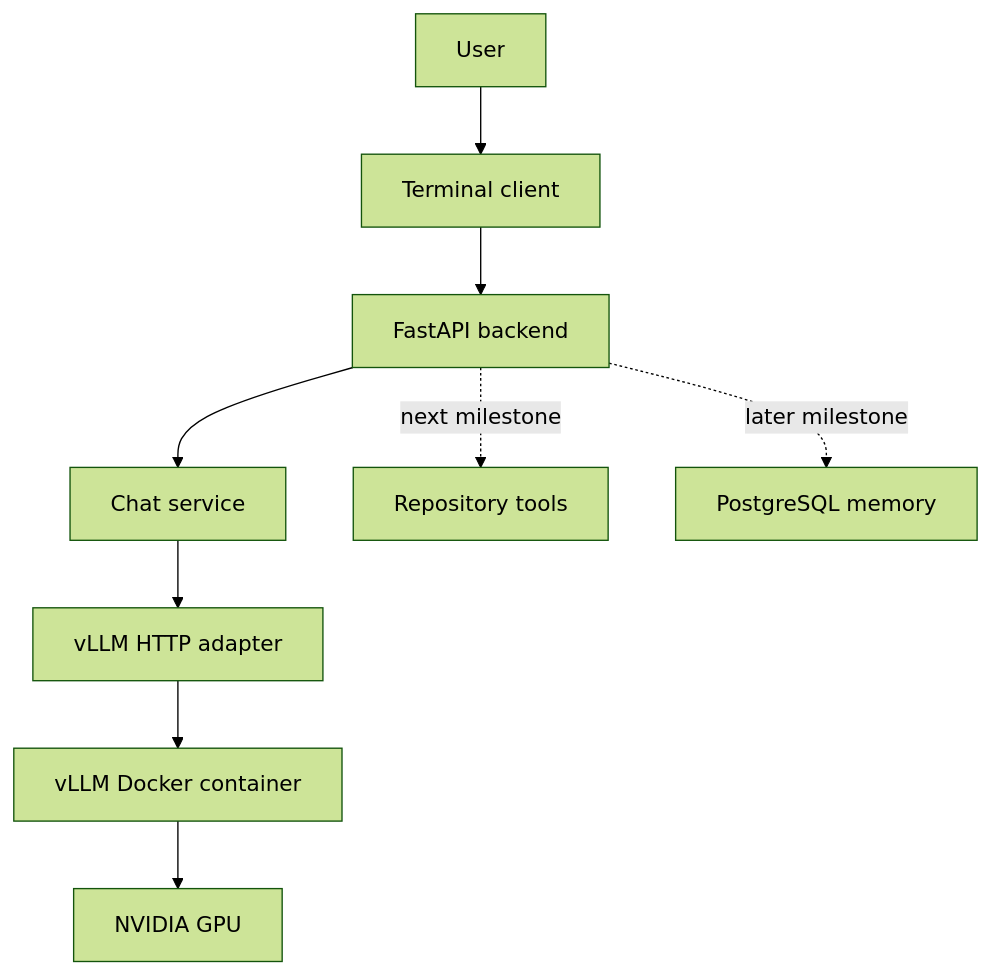
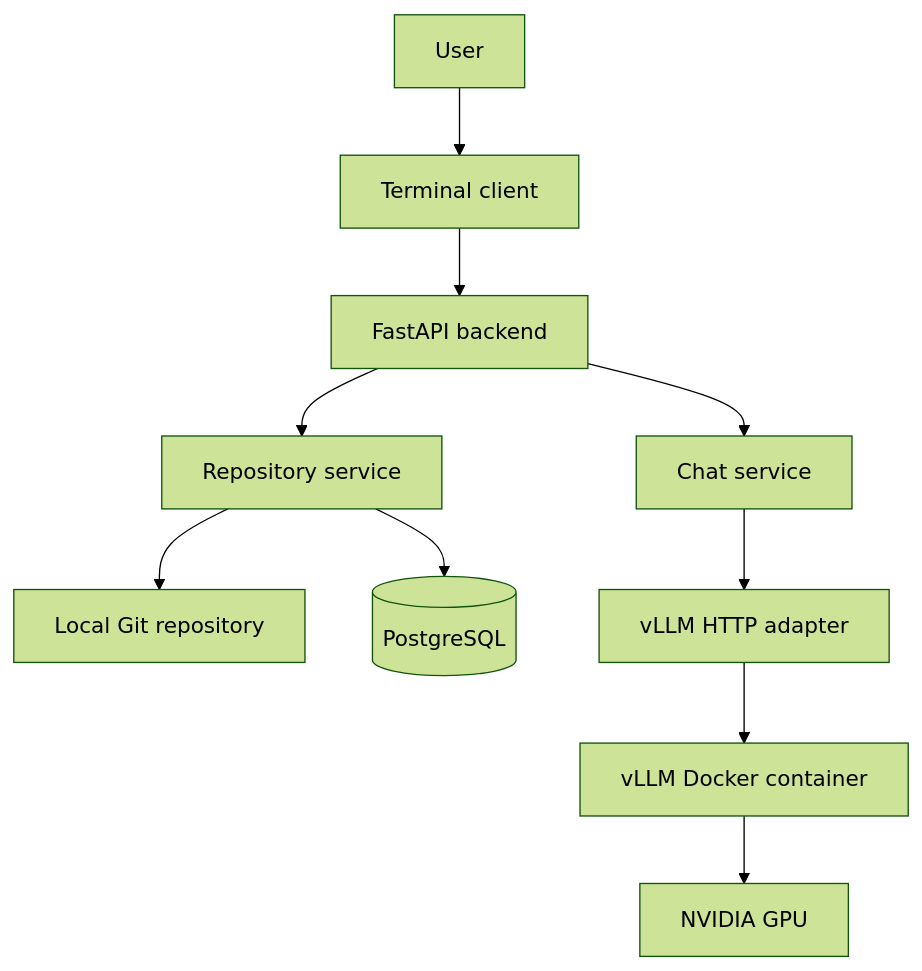
One commit to mayank3aj3769/RepoWren changed the diagram in docs/architecture.md. Above: the diagram before and after it, drawn with Mermaid (forest theme). The commit also changed other lines of this file and 22 other files, not shown here.

````diff
--- a/docs/architecture.md
+++ b/docs/architecture.md
@@ -7,12 +8,13 @@
 ```mermaid
 flowchart TD
     U[User] --> C[Terminal client]
     C --> A[FastAPI backend]
     A --> S[Chat service]
+    A --> R[Repository service]
+    R --> F[Local Git repository]
+    R --> P[(PostgreSQL)]
     S --> I[vLLM HTTP adapter]
     I --> V[vLLM Docker container]
     V --> G[NVIDIA GPU]
 
-    A -. next milestone .-> R[Repository tools]
-    A -. later milestone .-> P[PostgreSQL memory]
 ```
````
